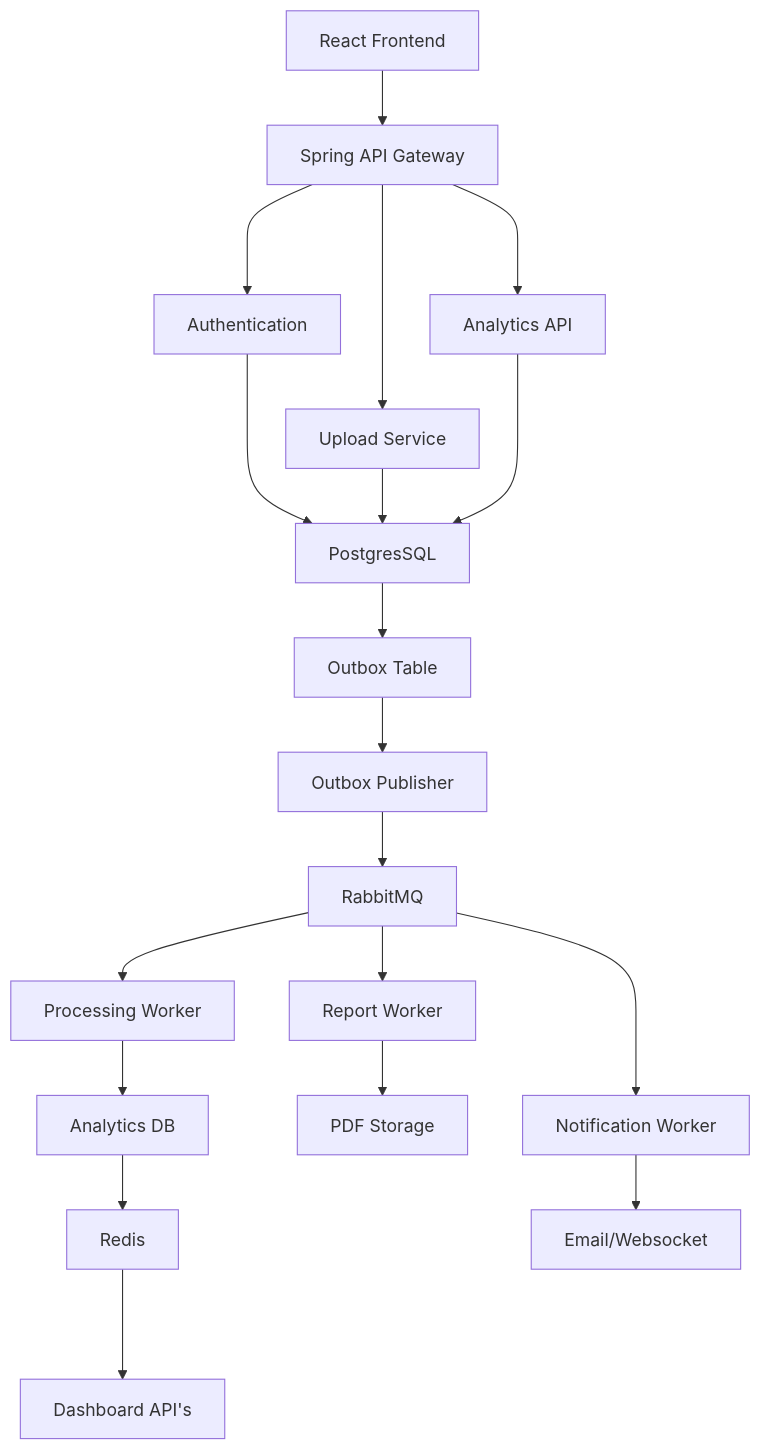
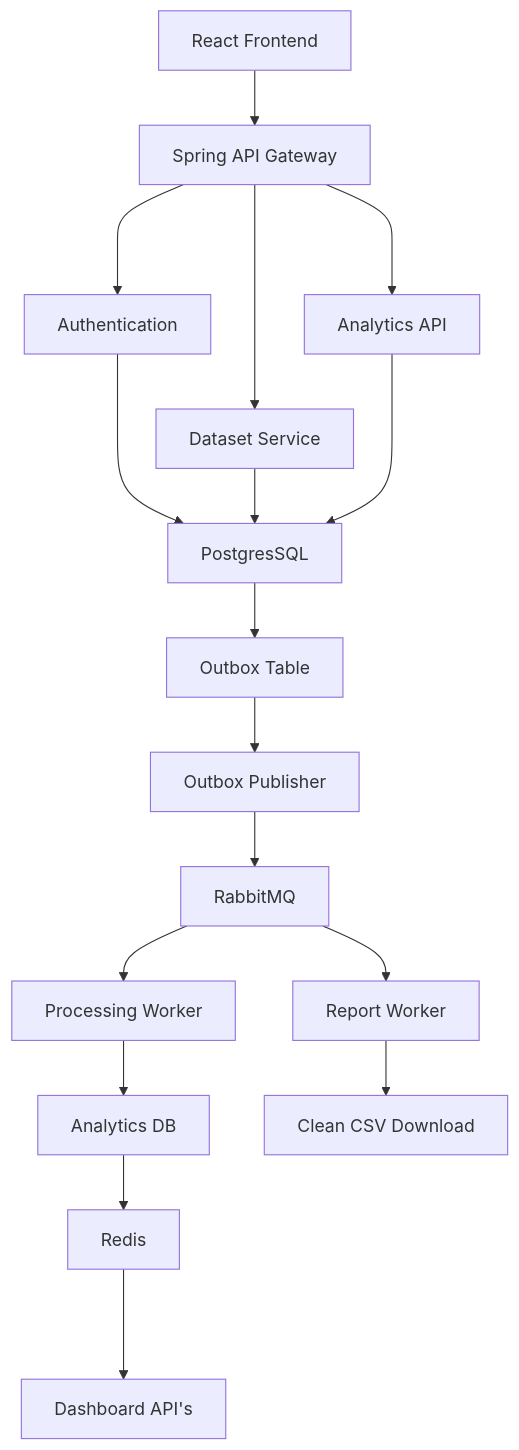
The second of 2 diagrams in README.md (sourav-harsh/InsightFlow), drawn with Mermaid before and after one commit. The commit also changed other lines of this file and 5 other files, not shown here.

````diff
--- a/README.md
+++ b/README.md
@@ -79,10 +79,9 @@
 ```mermaid
 flowchart TD
  A[React Frontend] --> B[Spring API Gateway] ---> C[Authentication]--->F 
- B --> D[Upload Service]-->F[PostgresSQL]
+ B --> D[Dataset Service]-->F[PostgresSQL]
  B --> E[Analytics API]--->F
 F-->G[Outbox Table]--> H[Outbox Publisher]--> I[RabbitMQ]
 I-->J[Processing Worker]--> K[Analytics DB]--> L[Redis]---> M[Dashboard API's]
-I--> N[Report Worker]--> O[PDF Storage]
-I ---> P[Notification Worker]--> Q[Email/Websocket]
+I--> N[Report Worker]--> O[Clean CSV Download]
 ```
````
